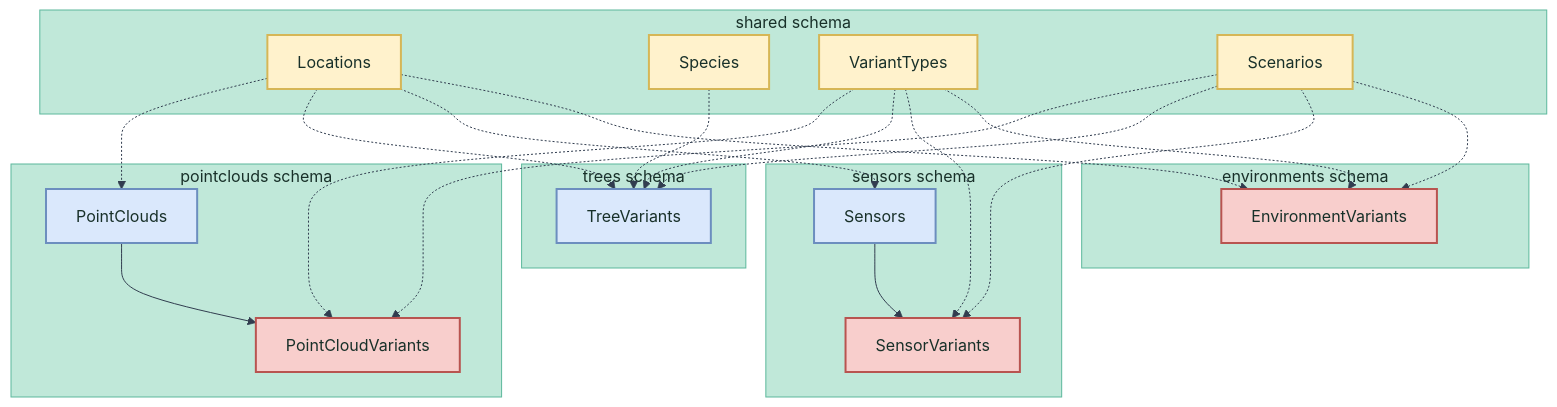
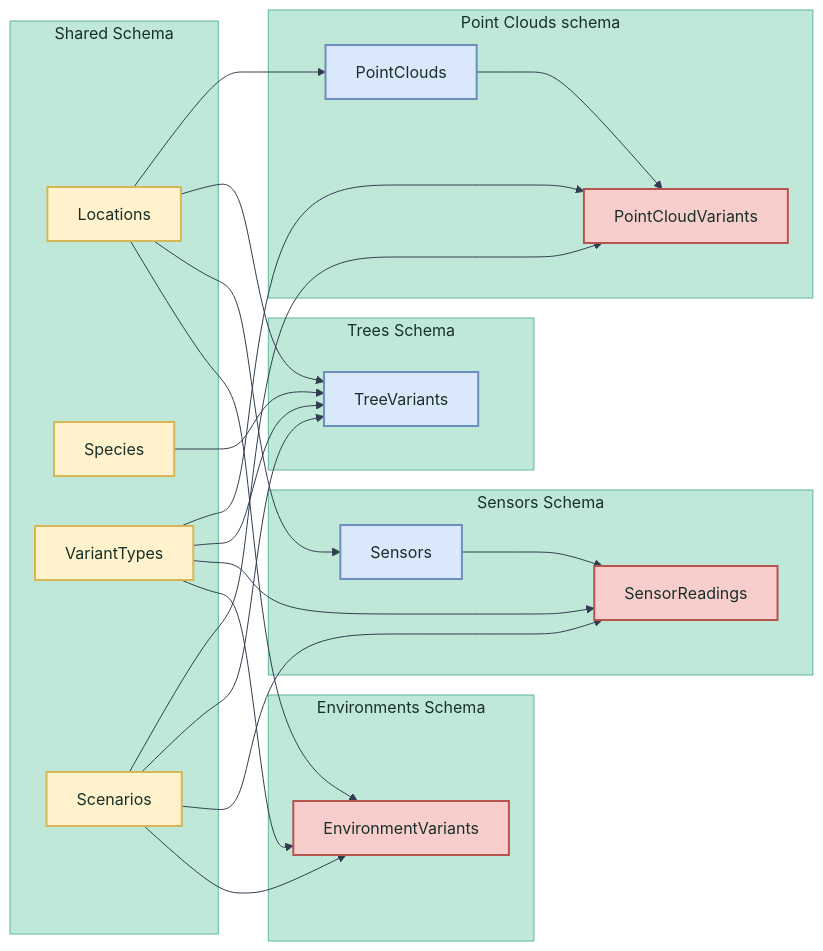
The first of 6 diagrams in docs/architecture/database.md (XRFutureForests/digital-twin-db), drawn with Mermaid before and after one commit. The commit also changed other lines of this file, not shown here.

Commit message:
updates database diagrams

````diff
--- a/docs/architecture/database.md
+++ b/docs/architecture/database.md
@@ -9,74 +9,74 @@
 ```mermaid
 %%{
   init: {
     'theme': 'base',
     'themeVariables': {
       'background': '#FFFFFF',
       'fontFamily': 'verdana',
       'lineColor': '#313d4f',
       'primaryColor': '#8cdbc0',
       'primaryTextColor': '#183029',
       'primaryBorderColor': '#265e4d',
       'secondaryColor': '#71a897',
       'secondaryTextColor': '#183029',
       'secondaryBorderColor': '#458875',
       'tertiaryColor': '#c0e8d9',
       'tertiaryTextColor': '#183029',
       'tertiaryBorderColor': '#5cb89c'
     }
   }
 }%%
-graph TB
-    subgraph "shared schema"
+graph LR
+    subgraph "Shared Schema"
         SL[Locations]
         SS[Species]
         SVT[VariantTypes]
         SC[Scenarios]
     end
     
-    subgraph "pointclouds schema"
+    subgraph "Point Clouds schema"
         PC[PointClouds]
         PCV[PointCloudVariants]
     end
     
-    subgraph "trees schema"
+    subgraph "Trees Schema"
         TV[TreeVariants]
     end
     
-    subgraph "sensors schema"
+    subgraph "Sensors Schema"
         S[Sensors]
-        SV[SensorVariants]
+        SR[SensorReadings]
     end
     
-    subgraph "environments schema"
+    subgraph "Environments Schema"
         EV[EnvironmentVariants]
     end
     
     %% Cross-schema relationships
-    SL -.-> PC
-    SL -.-> TV
-    SL -.-> S
-    SL -.-> EV
-    SS -.-> TV
-    SC -.-> PCV
-    SC -.-> TV
-    SC -.-> SV
-    SC -.-> EV
-    SVT -.-> PCV
-    SVT -.-> TV
-    SVT -.-> SV
-    SVT -.-> EV
+    SL --> PC
+    SL --> TV
+    SL --> S
+    SL --> EV
+    SS --> TV
+    SC --> PCV
+    SC --> TV
+    SC --> SR
+    SC --> EV
+    SVT --> PCV
+    SVT --> TV
+    SVT --> SR
+    SVT --> EV
     
     %% Within-schema relationships
     PC --> PCV
-    S --> SV
+    S --> SR
     
     classDef schema fill:#e8f4f1,stroke:#2d8659,stroke-width:2px
     classDef shared fill:#fff2cc,stroke:#d6b656,stroke-width:2px
     classDef main fill:#dae8fc,stroke:#6c8ebf,stroke-width:2px
     classDef variant fill:#f8cecc,stroke:#b85450,stroke-width:2px
     
     class SL,SS,SVT,SC shared
     class PC,TV,S main
-    class PCV,SV,EV variant
+    class PCV,SR,EV variant
 ```
````
